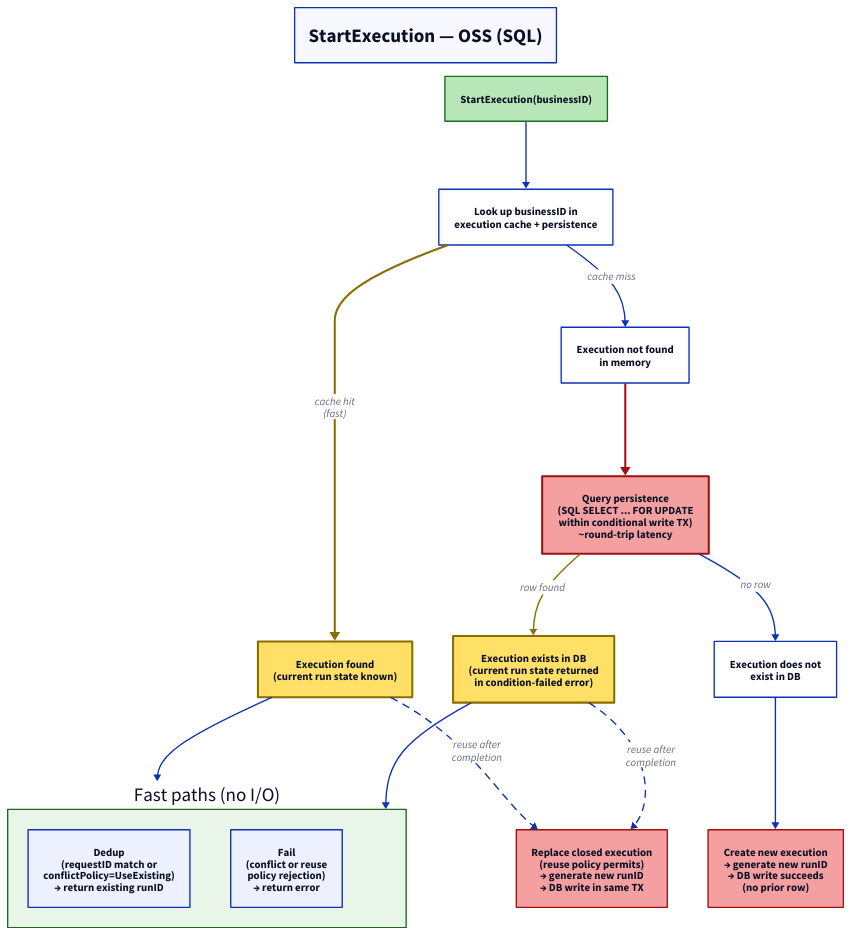
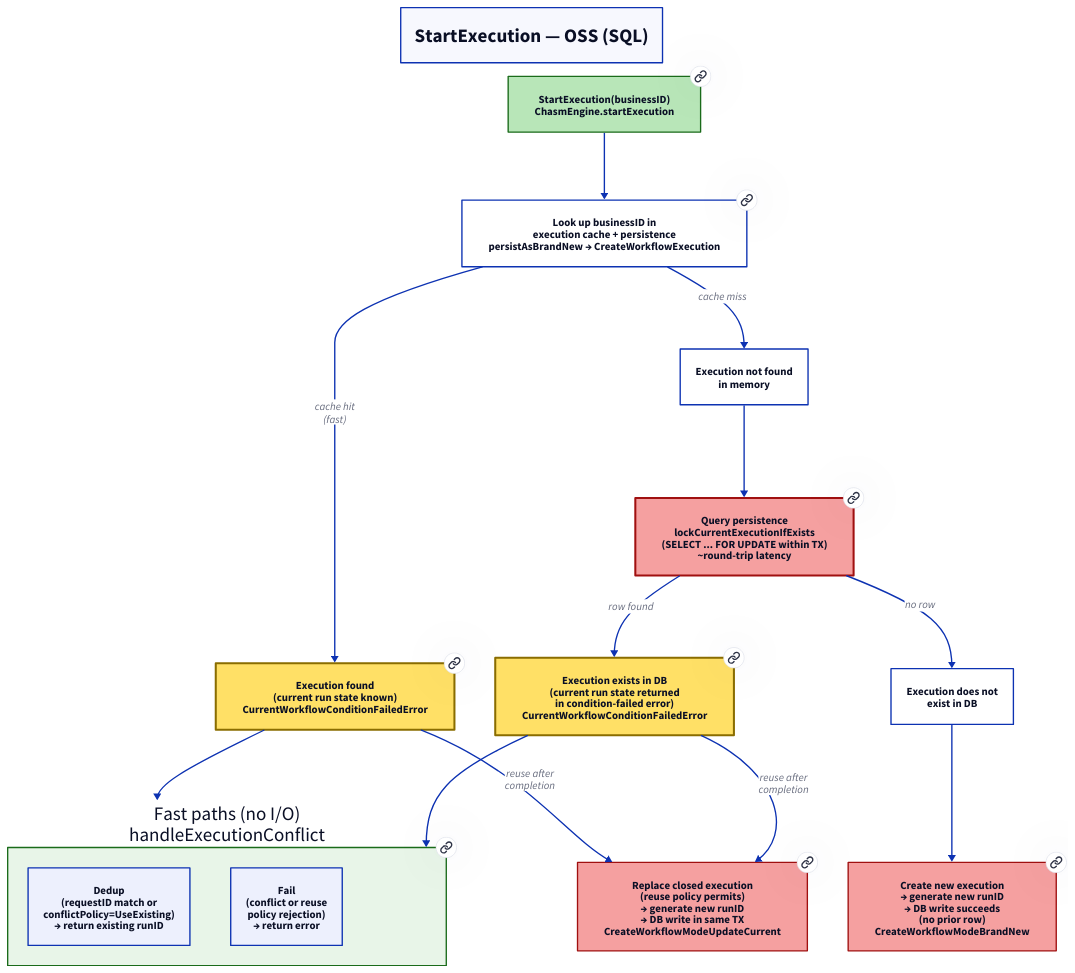
Before and after one commit to dandavison/temporalio-temporal: the diagram in .task/start-latency-oss.d2, drawn with D2. The commit also changed 3 other files, not shown here.

Commit message:
activity diagram cloud

```diff
--- a/.task/start-latency-oss.d2
+++ b/.task/start-latency-oss.d2
@@ -1,109 +1,104 @@
 direction: down
 
 title: "StartExecution — OSS (SQL)" {
   near: top-center
   style.font-size: 28
   style.bold: true
 }
 
-start: "StartExecution(businessID)" {
+start: "StartExecution(businessID)\nChasmEngine.startExecution" {
   style.fill: "#b8e6b8"
   style.stroke: "#1a6b1a"
   style.stroke-width: 2
   style.bold: true
+  link: "https://github.com/temporalio/temporal/blob/f8bbf7c78/service/history/chasm_engine.go#L111"
 }
 
 # ── In-memory lookup ──
 
-lookup: "Look up businessID in\nexecution cache + persistence" {
+lookup: "Look up businessID in\nexecution cache + persistence\npersistAsBrandNew → CreateWorkflowExecution" {
   style.fill: "#ffffff"
+  link: "https://github.com/temporalio/temporal/blob/f8bbf7c78/service/history/chasm_engine.go#L851"
 }
 
 start -> lookup
 
 # ── Branch: found vs not found ──
 
-found: "Execution found\n(current run state known)" {
+found: "Execution found\n(current run state known)\nCurrentWorkflowConditionFailedError" {
   style.fill: "#ffe066"
   style.stroke: "#8a6d00"
   style.stroke-width: 3
+  link: "https://github.com/temporalio/temporal/blob/f8bbf7c78/common/persistence/sql/execution.go#L108"
 }
 
 not_found: "Execution not found\nin memory" {
   style.fill: "#ffffff"
 }
 
-lookup -> found: "cache hit\n(fast)" {
-  style.stroke: "#8a6d00"
-  style.stroke-width: 3
-}
+lookup -> found: "cache hit\n(fast)"
 lookup -> not_found: "cache miss"
 
 # ── Slow persistence query ──
 
-db_read: "Query persistence\n(SQL SELECT ... FOR UPDATE\nwithin conditional write TX)\n~round-trip latency" {
+db_read: "Query persistence\nlockCurrentExecutionIfExists\n(SELECT ... FOR UPDATE within TX)\n~round-trip latency" {
   style.fill: "#f5a0a0"
   style.stroke: "#a01010"
   style.stroke-width: 3
   style.bold: true
+  link: "https://github.com/temporalio/temporal/blob/f8bbf7c78/common/persistence/sql/execution_util.go#L575"
 }
 
-not_found -> db_read {
-  style.stroke: "#a01010"
-  style.stroke-width: 3
-}
+not_found -> db_read
 
-exists_in_db: "Execution exists in DB\n(current run state returned\nin condition-failed error)" {
+exists_in_db: "Execution exists in DB\n(current run state returned\nin condition-failed error)\nCurrentWorkflowConditionFailedError" {
   style.fill: "#ffe066"
   style.stroke: "#8a6d00"
   style.stroke-width: 3
+  link: "https://github.com/temporalio/temporal/blob/f8bbf7c78/common/persistence/sql/execution.go#L108"
 }
 
 not_exists_in_db: "Execution does not\nexist in DB" {
   style.fill: "#ffffff"
 }
 
-db_read -> exists_in_db: "row found" {
-  style.stroke: "#8a6d00"
-  style.stroke-width: 2
-}
+db_read -> exists_in_db: "row found"
 db_read -> not_exists_in_db: "no row"
 
 # ── Fast paths (no I/O or minimal I/O) ──
 
-fast_paths: "Fast paths (no I/O)" {
+fast_paths: "Fast paths (no I/O)\nhandleExecutionConflict" {
   style.fill: "#e8f5e8"
   style.stroke: "#1a6b1a"
   style.stroke-width: 2
+  link: "https://github.com/temporalio/temporal/blob/f8bbf7c78/service/history/chasm_engine.go#L902"
 
   dedup: "Dedup\n(requestID match or\nconflictPolicy=UseExisting)\n→ return existing runID"
   fail: "Fail\n(conflict or reuse\npolicy rejection)\n→ return error"
 }
 
 found -> fast_paths
 exists_in_db -> fast_paths
 
 # ── Replace closed execution ──
 
-replace: "Replace closed execution\n(reuse policy permits)\n→ generate new runID\n→ DB write in same TX" {
+replace: "Replace closed execution\n(reuse policy permits)\n→ generate new runID\n→ DB write in same TX\nCreateWorkflowModeUpdateCurrent" {
   style.fill: "#f5a0a0"
   style.stroke: "#a01010"
   style.stroke-width: 2
+  link: "https://github.com/temporalio/temporal/blob/f8bbf7c78/common/persistence/sql/execution.go#L126"
 }
 
-found -> replace: "reuse after\ncompletion" {
-  style.stroke-dash: 5
-}
-exists_in_db -> replace: "reuse after\ncompletion" {
-  style.stroke-dash: 5
-}
+found -> replace: "reuse after\ncompletion"
+exists_in_db -> replace: "reuse after\ncompletion"
 
 # ── New execution (no prior existence) ──
 
-create_new: "Create new execution\n→ generate new runID\n→ DB write succeeds\n(no prior row)" {
+create_new: "Create new execution\n→ generate new runID\n→ DB write succeeds\n(no prior row)\nCreateWorkflowModeBrandNew" {
   style.fill: "#f5a0a0"
   style.stroke: "#a01010"
   style.stroke-width: 2
+  link: "https://github.com/temporalio/temporal/blob/f8bbf7c78/common/persistence/sql/execution.go#L108"
 }
 
 not_exists_in_db -> create_new
```
